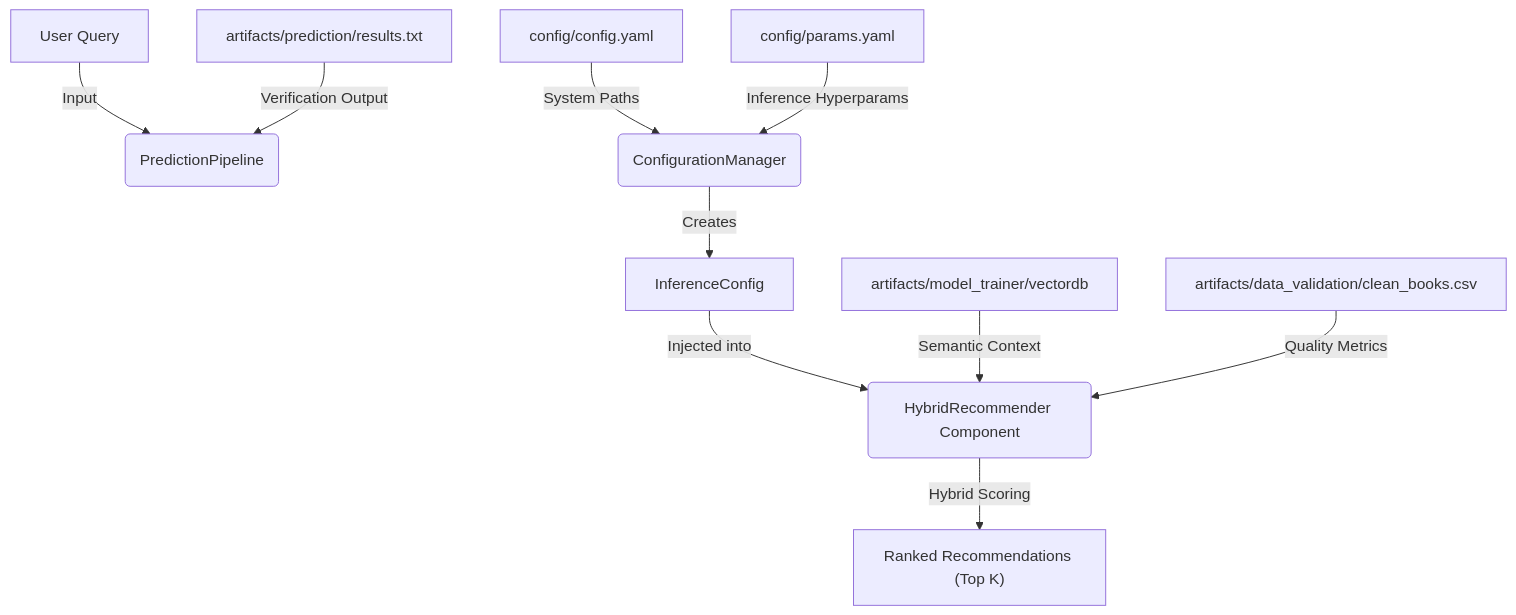
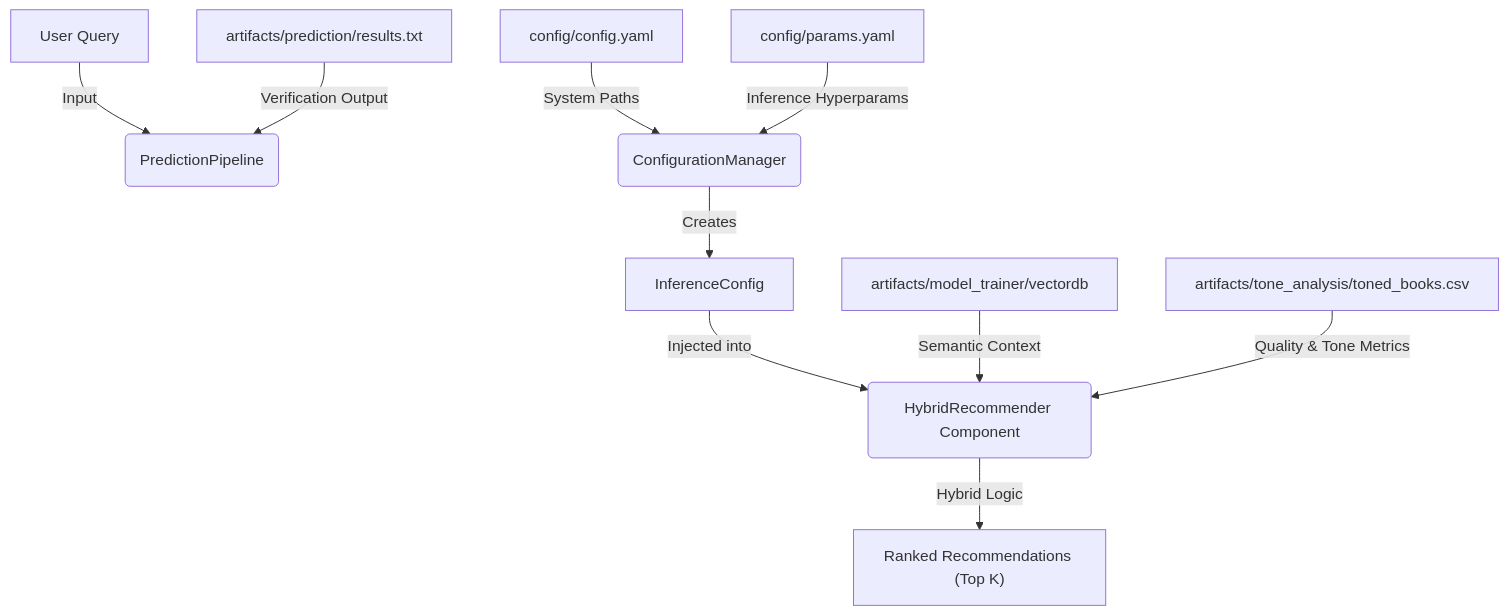
Before and after one commit to SebastianGarrido2790/hybrid-book-recommender: the diagram in reports/docs/stage_05_inference_report.md, drawn with Mermaid. The commit also changed other lines of this file and 4 other files, not shown here.

Commit message:
feat: implement premium light UI with mood score and update architecture reports

````diff
--- a/reports/docs/stage_05_inference_report.md
+++ b/reports/docs/stage_05_inference_report.md
@@ -12,12 +12,12 @@
 ```mermaid
 graph TD
     A["User Query"] -->|Input| B(PredictionPipeline)
     C["config/config.yaml"] -->|System Paths| D(ConfigurationManager)
     E["config/params.yaml"] -->|Inference Hyperparams| D
     D -->|Creates| F[InferenceConfig]
     F -->|Injected into| G(HybridRecommender Component)
     H["artifacts/model_trainer/vectordb"] -->|Semantic Context| G
-    I["artifacts/data_validation/clean_books.csv"] -->|Quality Metrics| G
-    G -->|Hybrid Scoring| J["Ranked Recommendations (Top K)"]
+    I["artifacts/tone_analysis/toned_books.csv"] -->|Quality & Tone Metrics| G
+    G -->|Hybrid Logic| J["Ranked Recommendations (Top K)"]
     K["artifacts/prediction/results.txt"] -->|Verification Output| B
 ```
````
